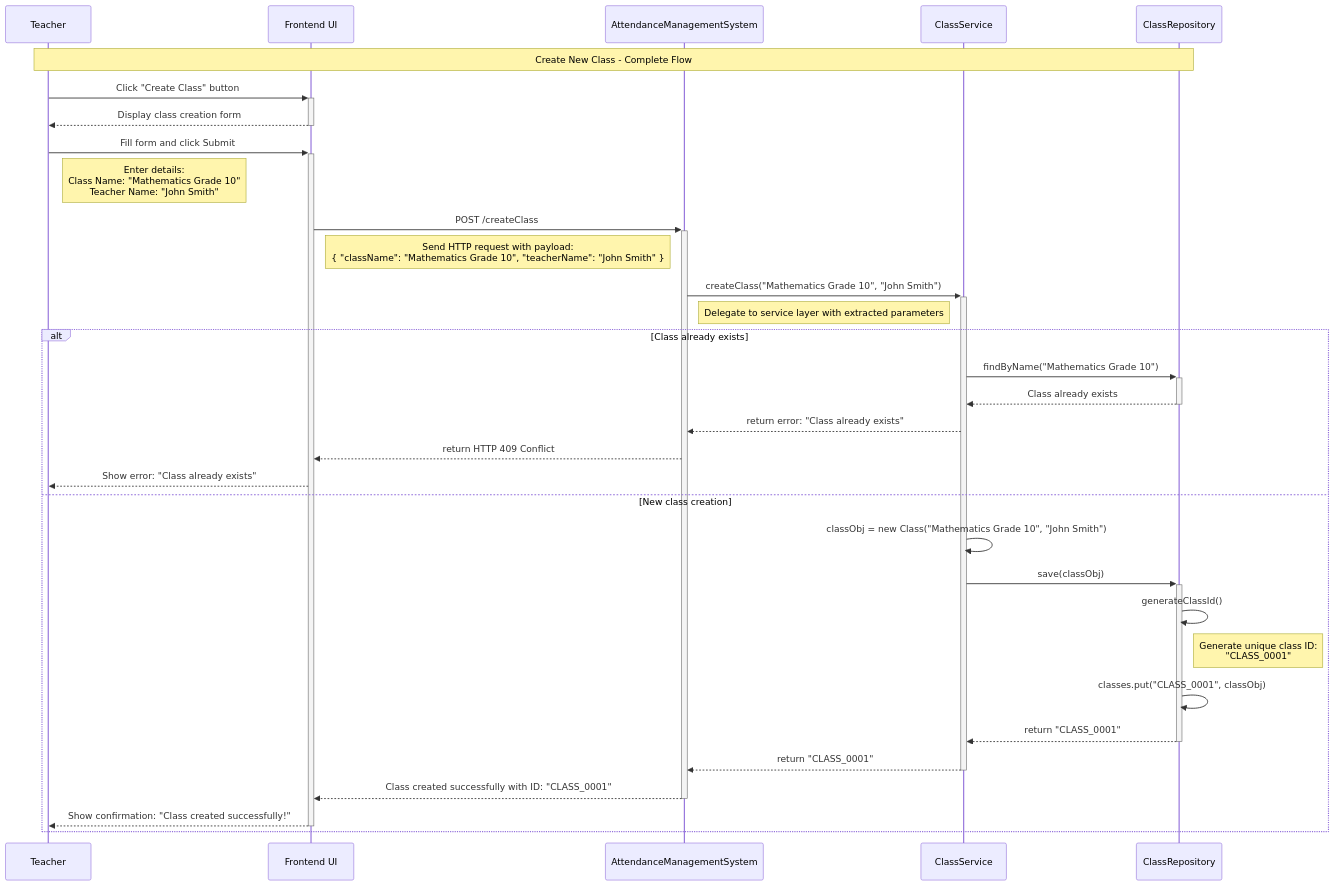
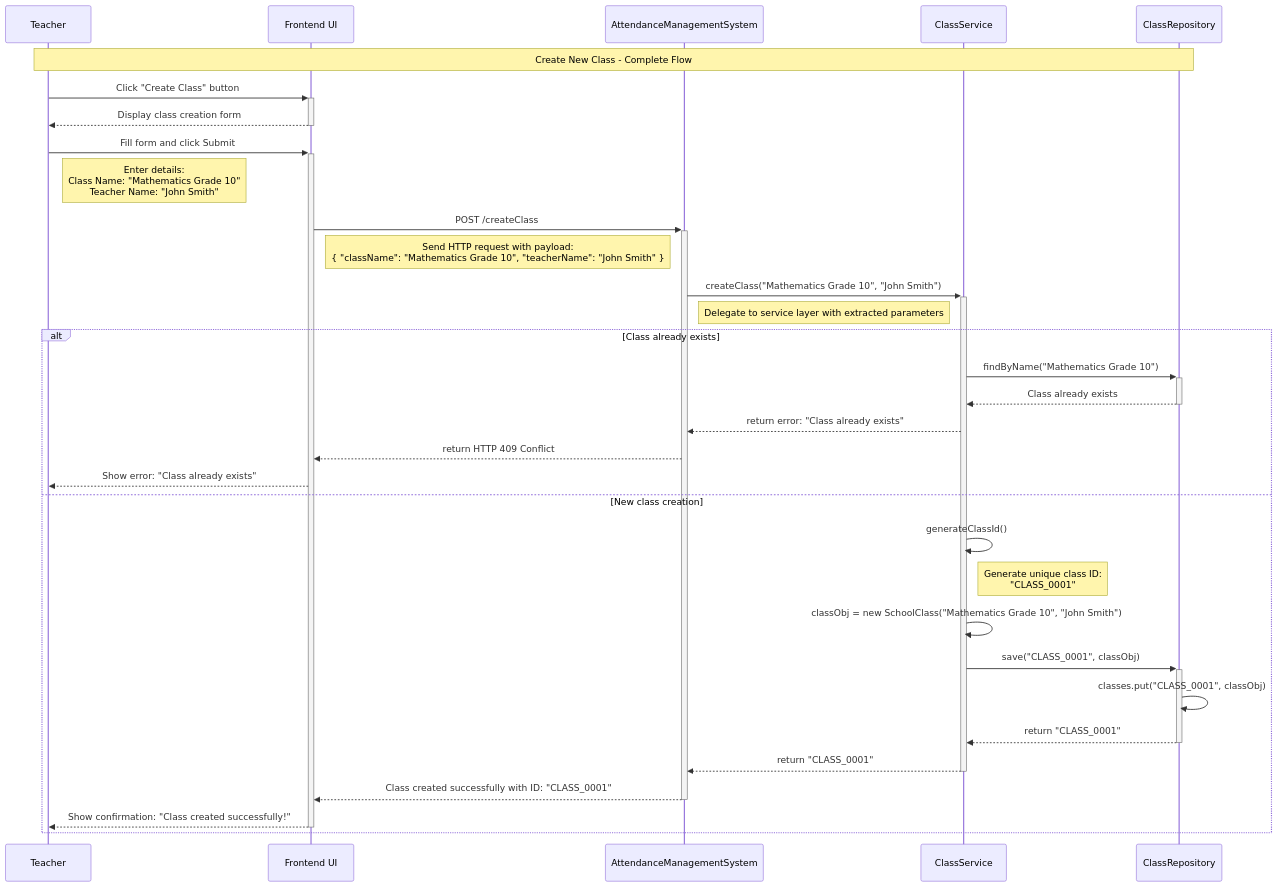
The first of 4 diagrams in Backend Engineering/Case Studies/Case Study 1. Attendance Management System/2. Sequence Flow.md (NishchayAnand/software-engineering), drawn with Mermaid before and after one commit. The commit also changed other lines of this file and 2 other files, not shown here.

Commit message:
done class service component design of attendance management system

````diff
--- a/Backend Engineering/Case Studies/Case Study 1. Attendance Management System/2. Sequence Flow.md
+++ b/Backend Engineering/Case Studies/Case Study 1. Attendance Management System/2. Sequence Flow.md
@@ -26,42 +26,42 @@
 ```mermaid
 sequenceDiagram
 	participant T as Teacher
 	participant UI as Frontend UI
 	participant AMS as AttendanceManagementSystem
 	participant CS as ClassService
 	participant CR as ClassRepository
 
 	Note over T,CR: Create New Class - Complete Flow
 
-	%% Interaction 1: Click the "Create Class" Button**
+	%% Interaction 1: Click the "Create Class" Button
 	T->>+UI: Click "Create Class" button
 	UI-->>-T: Display class creation form
 
 	%% Interaction 2: Submit the "Create Class" Form
 	T->>+UI: Fill form and click Submit
 	Note right of T: Enter details:<br/>Class Name: "Mathematics Grade 10"<br/>Teacher Name: "John Smith"
 
 	UI->>+AMS: POST /createClass
 	Note right of UI: Send HTTP request with payload:<br/>{ "className": "Mathematics Grade 10", "teacherName": "John Smith" }
 
 	AMS->>+CS: createClass("Mathematics Grade 10", "John Smith")
 	Note right of AMS: Delegate to service layer with extracted parameters
 
 	alt Class already exists
 		CS->>+CR: findByName("Mathematics Grade 10")
 		CR-->>-CS: Class already exists
 		CS-->>AMS: return error: "Class already exists"
 		AMS-->>UI: return HTTP 409 Conflict
 		UI-->>T: Show error: "Class already exists"
 	else New class creation
-		CS->>CS: classObj = new Class("Mathematics Grade 10", "John Smith")
-		CS->>+CR: save(classObj)
-		CR->>CR: generateClassId()
-		Note right of CR: Generate unique class ID: <br/> "CLASS_0001"
+		CS->>CS: generateClassId()
+		Note right of CS: Generate unique class ID: <br/> "CLASS_0001"
+		CS->>CS: classObj = new SchoolClass("Mathematics Grade 10", "John Smith")
+		CS->>+CR: save("CLASS_0001", classObj)
 		CR->>CR: classes.put("CLASS_0001", classObj)
 		CR-->>-CS: return "CLASS_0001"
 		CS-->>-AMS: return "CLASS_0001"
 		AMS-->>-UI: Class created successfully with ID: "CLASS_0001"
 		UI-->>-T: Show confirmation: "Class created successfully!"
 	end
 ```
````
